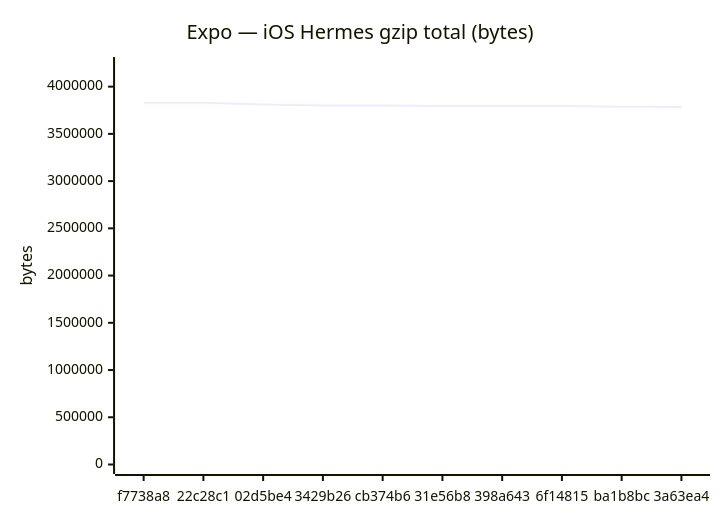
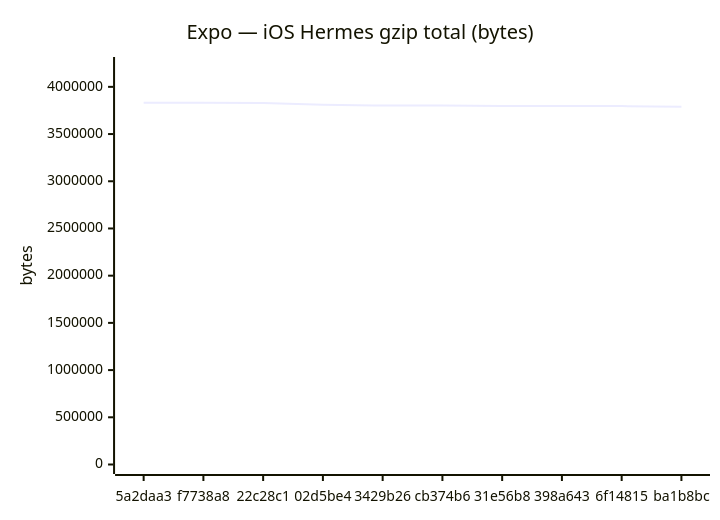
The sixth of 18 diagrams in benchmarks/compare.md (Metaheurist/Rianell), drawn with Mermaid before and after one commit. The commit also changed other lines of this file and 11 other files, not shown here.

````diff
--- a/benchmarks/compare.md
+++ b/benchmarks/compare.md
@@ -96,7 +96,7 @@
 ```mermaid
 xychart-beta
     title "Expo — iOS Hermes gzip total (bytes)"
-    x-axis ["f7738a8", "22c28c1", "02d5be4", "3429b26", "cb374b6", "31e56b8", "398a643", "6f14815", "ba1b8bc", "3a63ea4"]
-    y-axis "bytes" 0 --> 4213326
-    line [3830296, 3828818, 3810818, 3801309, 3801305, 3796002, 3796002, 3796005, 3788525, 3783517]
+    x-axis ["5a2daa3", "f7738a8", "22c28c1", "02d5be4", "3429b26", "cb374b6", "31e56b8", "398a643", "6f14815", "ba1b8bc"]
+    y-axis "bytes" 0 --> 4215522
+    line [3832292, 3830296, 3828818, 3810818, 3801309, 3801305, 3796002, 3796002, 3796005, 3788525]
 ```
````
